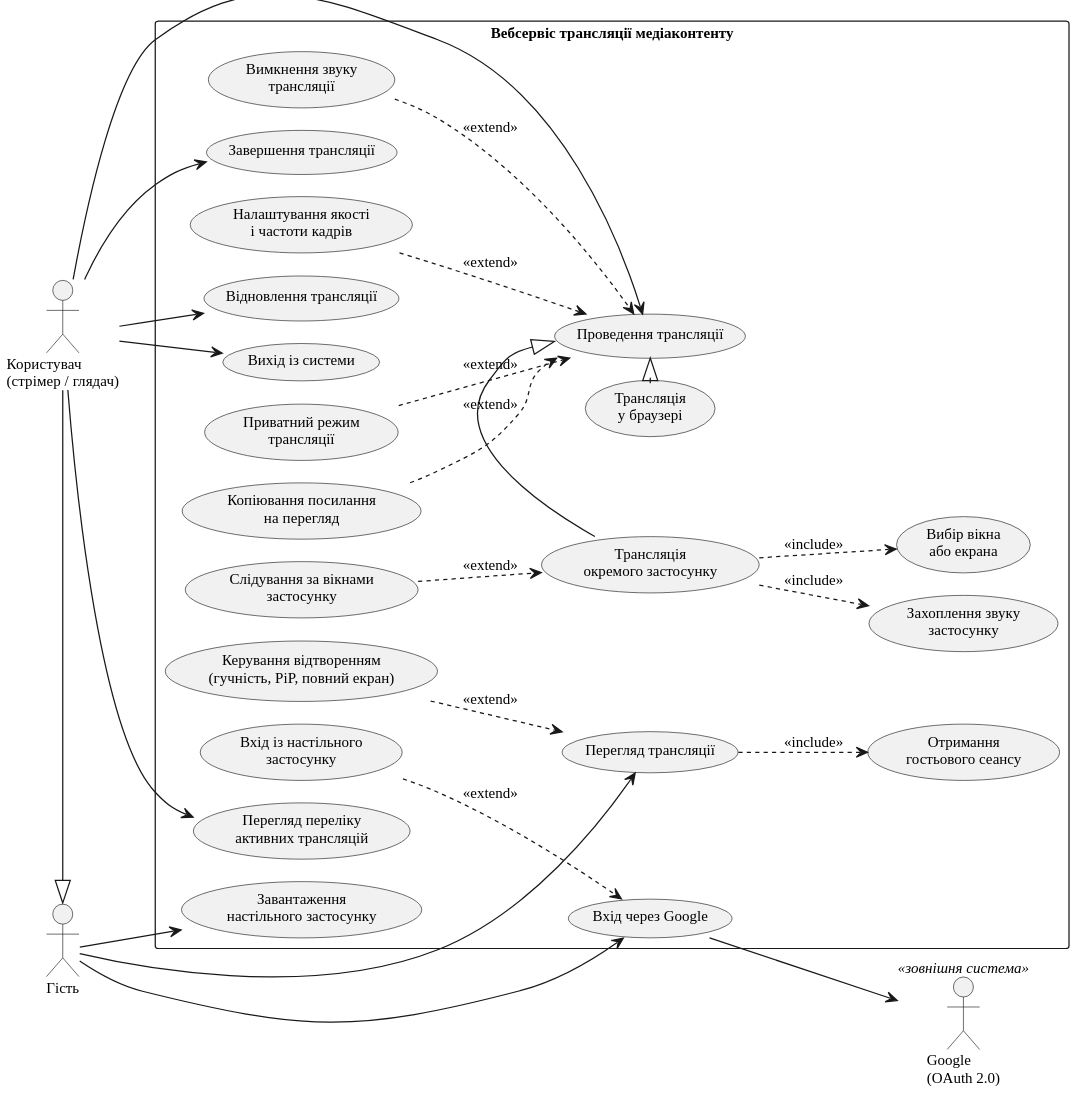
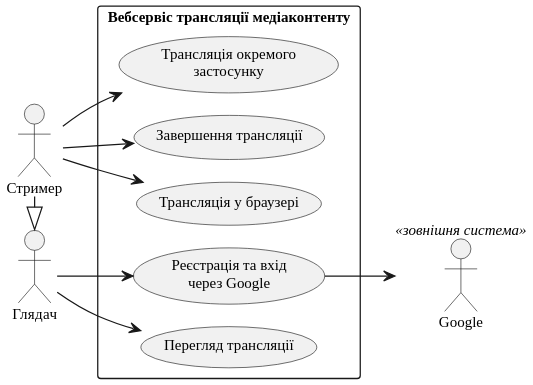
The diagram in thesis/diagrams/fig-use-cases.puml (Nikitos1926/stream-share), drawn with PlantUML before and after one commit. The commit also changed 37 other files, not shown here.

First line of the commit message:
thesis: use cases Глядач/Стример, five use cases with scenarios (PLAN.md §0A.1)

```diff
--- a/thesis/diagrams/fig-use-cases.puml
+++ b/thesis/diagrams/fig-use-cases.puml
@@ -1,65 +1,32 @@
 @startuml
 !pragma layout smetana
 skinparam defaultFontName "Liberation Serif"
 skinparam dpi 200
 skinparam shadowing false
 skinparam monochrome true
 skinparam defaultFontSize 12
 skinparam packageStyle rectangle
 left to right direction
 
-actor "Гість" as Guest
-actor "Користувач\n(стрімер / глядач)" as User
-actor "Google\n(OAuth 2.0)" as Google <<зовнішня система>>
+actor "Глядач" as Viewer
+actor "Стример" as Streamer
+actor "Google" as Google <<зовнішня система>>
 
-User -|> Guest
+Streamer -|> Viewer
 
 rectangle "Вебсервіс трансляції медіаконтенту" {
+  usecase "Реєстрація та вхід\nчерез Google" as UC_SignIn
   usecase "Перегляд трансляції" as UC_Watch
-  usecase "Отримання\nгостьового сеансу" as UC_GuestSession
-  usecase "Керування відтворенням\n(гучність, PiP, повний екран)" as UC_Playback
-  usecase "Завантаження\nнастільного застосунку" as UC_Download
-
-  usecase "Вхід через Google" as UC_Login
-  usecase "Вхід із настільного\nзастосунку" as UC_DesktopLogin
-  usecase "Вихід із системи" as UC_Logout
-  usecase "Перегляд переліку\nактивних трансляцій" as UC_List
-
-  usecase "Проведення трансляції" as UC_Stream
-  usecase "Трансляція\nу браузері" as UC_BrowserStream
-  usecase "Трансляція\nокремого застосунку" as UC_AppStream
-  usecase "Вибір вікна\nабо екрана" as UC_PickSource
-  usecase "Захоплення звуку\nзастосунку" as UC_AppAudio
-  usecase "Слідування за вікнами\nзастосунку" as UC_Follow
-  usecase "Налаштування якості\nі частоти кадрів" as UC_Quality
-  usecase "Приватний режим\nтрансляції" as UC_Private
-  usecase "Копіювання посилання\nна перегляд" as UC_Link
-  usecase "Вимкнення звуку\nтрансляції" as UC_Mute
+  usecase "Трансляція у браузері" as UC_Browser
+  usecase "Трансляція окремого\nзастосунку" as UC_App
   usecase "Завершення трансляції" as UC_End
-  usecase "Відновлення трансляції" as UC_Reconnect
 }
 
-Guest --> UC_Watch
-Guest --> UC_Download
-Guest --> UC_Login
-UC_Watch ..> UC_GuestSession : <<include>>
-UC_Playback ..> UC_Watch : <<extend>>
-UC_DesktopLogin ..> UC_Login : <<extend>>
-UC_Login --> Google
+Viewer --> UC_SignIn
+Viewer --> UC_Watch
+UC_SignIn --> Google
 
-User --> UC_Logout
-User --> UC_List
-User --> UC_Stream
-User --> UC_End
-User --> UC_Reconnect
-
-UC_BrowserStream -|> UC_Stream
-UC_AppStream -|> UC_Stream
-UC_AppStream ..> UC_PickSource : <<include>>
-UC_AppStream ..> UC_AppAudio : <<include>>
-UC_Follow ..> UC_AppStream : <<extend>>
-UC_Quality ..> UC_Stream : <<extend>>
-UC_Private ..> UC_Stream : <<extend>>
-UC_Link ..> UC_Stream : <<extend>>
-UC_Mute ..> UC_Stream : <<extend>>
+Streamer --> UC_Browser
+Streamer --> UC_App
+Streamer --> UC_End
 @enduml
```
